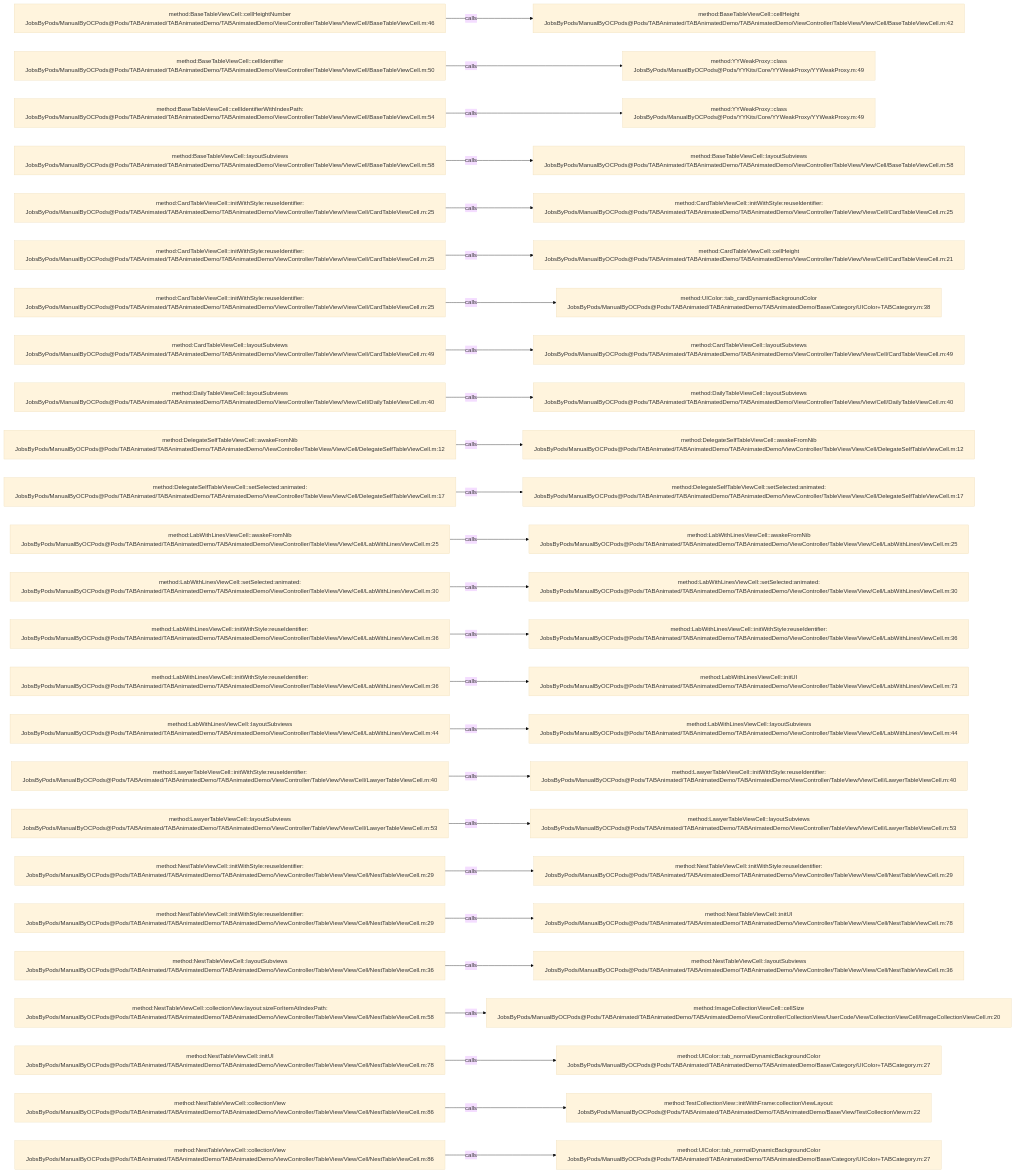
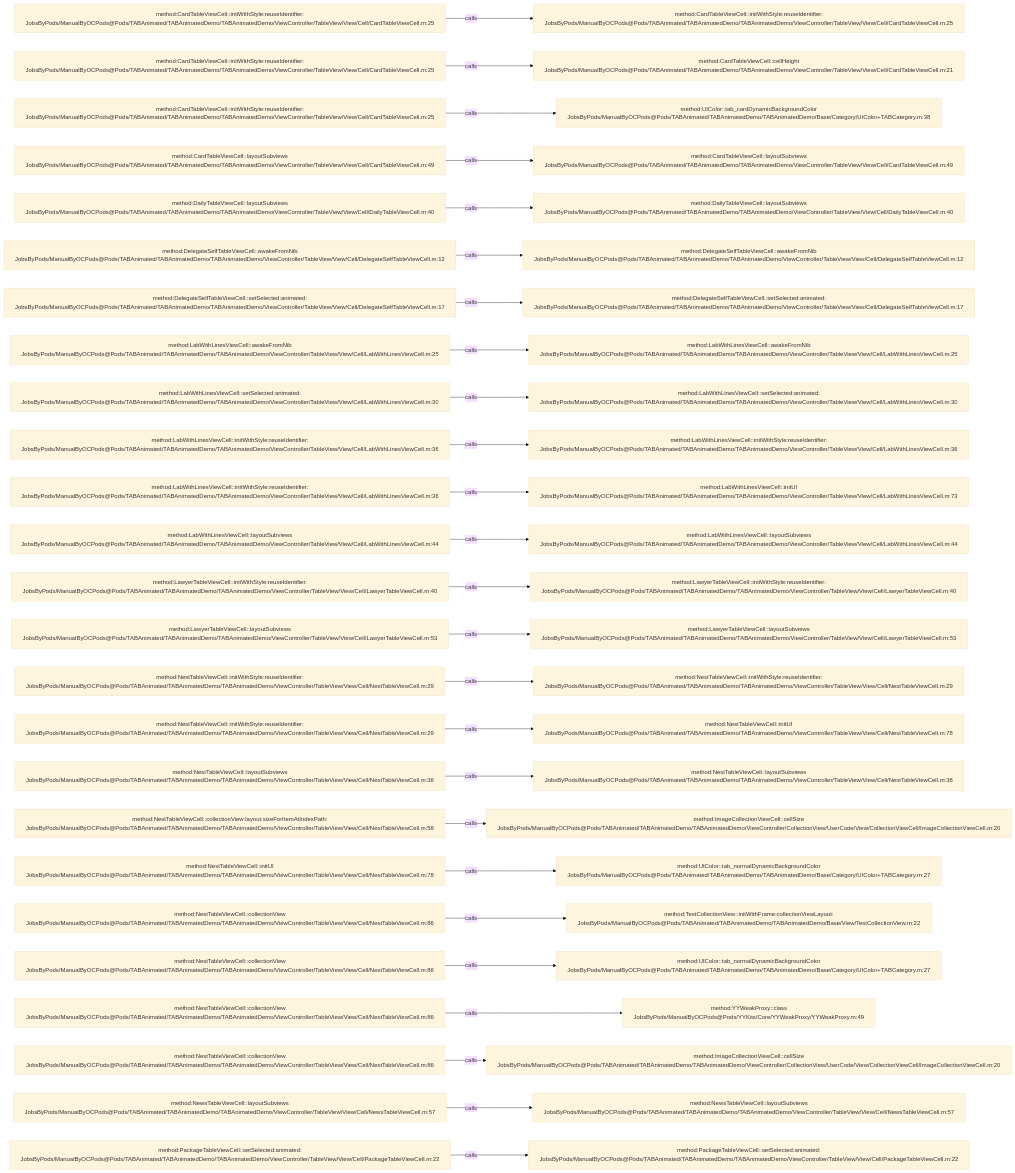
One commit to JobsKits/JobsOCBaseConfigDemo changed the diagram in .codegraph/codegraph.md/graphs/calls-065.md. Above: the diagram before and after it, drawn with Mermaid (base theme). The commit also changed 727 other files, not shown here.

````diff
--- a/.codegraph/codegraph.md/graphs/calls-065.md
+++ b/.codegraph/codegraph.md/graphs/calls-065.md
@@ -13,78 +13,78 @@
 ```mermaid
 flowchart LR
-  S1["method:BaseTableViewCell::cellHeightNumber<br/>JobsByPods/ManualByOCPods@Pods/TABAnimated/TABAnimatedDemo/TABAnimatedDemo/ViewController/TableView/View/Cell/BaseTableViewCell.m:46"]
-  T1["method:BaseTableViewCell::cellHeight<br/>JobsByPods/ManualByOCPods@Pods/TABAnimated/TABAnimatedDemo/TABAnimatedDemo/ViewController/TableView/View/Cell/BaseTableViewCell.m:42"]
+  S1["method:CardTableViewCell::initWithStyle:reuseIdentifier:<br/>JobsByPods/ManualByOCPods@Pods/TABAnimated/TABAnimatedDemo/TABAnimatedDemo/ViewController/TableView/View/Cell/CardTableViewCell.m:25"]
+  T1["method:CardTableViewCell::initWithStyle:reuseIdentifier:<br/>JobsByPods/ManualByOCPods@Pods/TABAnimated/TABAnimatedDemo/TABAnimatedDemo/ViewController/TableView/View/Cell/CardTableViewCell.m:25"]
   S1 -->|calls| T1
-  S2["method:BaseTableViewCell::cellIdentifier<br/>JobsByPods/ManualByOCPods@Pods/TABAnimated/TABAnimatedDemo/TABAnimatedDemo/ViewController/TableView/View/Cell/BaseTableViewCell.m:50"]
-  T2["method:YYWeakProxy::class<br/>JobsByPods/ManualByOCPods@Pods/YYKits/Core/YYWeakProxy/YYWeakProxy.m:49"]
+  S2["method:CardTableViewCell::initWithStyle:reuseIdentifier:<br/>JobsByPods/ManualByOCPods@Pods/TABAnimated/TABAnimatedDemo/TABAnimatedDemo/ViewController/TableView/View/Cell/CardTableViewCell.m:25"]
+  T2["method:CardTableViewCell::cellHeight<br/>JobsByPods/ManualByOCPods@Pods/TABAnimated/TABAnimatedDemo/TABAnimatedDemo/ViewController/TableView/View/Cell/CardTableViewCell.m:21"]
   S2 -->|calls| T2
-  S3["method:BaseTableViewCell::cellIdentifierWithIndexPath:<br/>JobsByPods/ManualByOCPods@Pods/TABAnimated/TABAnimatedDemo/TABAnimatedDemo/ViewController/TableView/View/Cell/BaseTableViewCell.m:54"]
-  T3["method:YYWeakProxy::class<br/>JobsByPods/ManualByOCPods@Pods/YYKits/Core/YYWeakProxy/YYWeakProxy.m:49"]
+  S3["method:CardTableViewCell::initWithStyle:reuseIdentifier:<br/>JobsByPods/ManualByOCPods@Pods/TABAnimated/TABAnimatedDemo/TABAnimatedDemo/ViewController/TableView/View/Cell/CardTableViewCell.m:25"]
+  T3["method:UIColor::tab_cardDynamicBackgroundColor<br/>JobsByPods/ManualByOCPods@Pods/TABAnimated/TABAnimatedDemo/TABAnimatedDemo/Base/Category/UIColor+TABCategory.m:38"]
   S3 -->|calls| T3
-  S4["method:BaseTableViewCell::layoutSubviews<br/>JobsByPods/ManualByOCPods@Pods/TABAnimated/TABAnimatedDemo/TABAnimatedDemo/ViewController/TableView/View/Cell/BaseTableViewCell.m:58"]
-  T4["method:BaseTableViewCell::layoutSubviews<br/>JobsByPods/ManualByOCPods@Pods/TABAnimated/TABAnimatedDemo/TABAnimatedDemo/ViewController/TableView/View/Cell/BaseTableViewCell.m:58"]
+  S4["method:CardTableViewCell::layoutSubviews<br/>JobsByPods/ManualByOCPods@Pods/TABAnimated/TABAnimatedDemo/TABAnimatedDemo/ViewController/TableView/View/Cell/CardTableViewCell.m:49"]
+  T4["method:CardTableViewCell::layoutSubviews<br/>JobsByPods/ManualByOCPods@Pods/TABAnimated/TABAnimatedDemo/TABAnimatedDemo/ViewController/TableView/View/Cell/CardTableViewCell.m:49"]
   S4 -->|calls| T4
-  S5["method:CardTableViewCell::initWithStyle:reuseIdentifier:<br/>JobsByPods/ManualByOCPods@Pods/TABAnimated/TABAnimatedDemo/TABAnimatedDemo/ViewController/TableView/View/Cell/CardTableViewCell.m:25"]
-  T5["method:CardTableViewCell::initWithStyle:reuseIdentifier:<br/>JobsByPods/ManualByOCPods@Pods/TABAnimated/TABAnimatedDemo/TABAnimatedDemo/ViewController/TableView/View/Cell/CardTableViewCell.m:25"]
+  S5["method:DailyTableViewCell::layoutSubviews<br/>JobsByPods/ManualByOCPods@Pods/TABAnimated/TABAnimatedDemo/TABAnimatedDemo/ViewController/TableView/View/Cell/DailyTableViewCell.m:40"]
+  T5["method:DailyTableViewCell::layoutSubviews<br/>JobsByPods/ManualByOCPods@Pods/TABAnimated/TABAnimatedDemo/TABAnimatedDemo/ViewController/TableView/View/Cell/DailyTableViewCell.m:40"]
   S5 -->|calls| T5
-  S6["method:CardTableViewCell::initWithStyle:reuseIdentifier:<br/>JobsByPods/ManualByOCPods@Pods/TABAnimated/TABAnimatedDemo/TABAnimatedDemo/ViewController/TableView/View/Cell/CardTableViewCell.m:25"]
-  T6["method:CardTableViewCell::cellHeight<br/>JobsByPods/ManualByOCPods@Pods/TABAnimated/TABAnimatedDemo/TABAnimatedDemo/ViewController/TableView/View/Cell/CardTableViewCell.m:21"]
+  S6["method:DelegateSelfTableViewCell::awakeFromNib<br/>JobsByPods/ManualByOCPods@Pods/TABAnimated/TABAnimatedDemo/TABAnimatedDemo/ViewController/TableView/View/Cell/DelegateSelfTableViewCell.m:12"]
+  T6["method:DelegateSelfTableViewCell::awakeFromNib<br/>JobsByPods/ManualByOCPods@Pods/TABAnimated/TABAnimatedDemo/TABAnimatedDemo/ViewController/TableView/View/Cell/DelegateSelfTableViewCell.m:12"]
   S6 -->|calls| T6
-  S7["method:CardTableViewCell::initWithStyle:reuseIdentifier:<br/>JobsByPods/ManualByOCPods@Pods/TABAnimated/TABAnimatedDemo/TABAnimatedDemo/ViewController/TableView/View/Cell/CardTableViewCell.m:25"]
-  T7["method:UIColor::tab_cardDynamicBackgroundColor<br/>JobsByPods/ManualByOCPods@Pods/TABAnimated/TABAnimatedDemo/TABAnimatedDemo/Base/Category/UIColor+TABCategory.m:38"]
+  S7["method:DelegateSelfTableViewCell::setSelected:animated:<br/>JobsByPods/ManualByOCPods@Pods/TABAnimated/TABAnimatedDemo/TABAnimatedDemo/ViewController/TableView/View/Cell/DelegateSelfTableViewCell.m:17"]
+  T7["method:DelegateSelfTableViewCell::setSelected:animated:<br/>JobsByPods/ManualByOCPods@Pods/TABAnimated/TABAnimatedDemo/TABAnimatedDemo/ViewController/TableView/View/Cell/DelegateSelfTableViewCell.m:17"]
   S7 -->|calls| T7
-  S8["method:CardTableViewCell::layoutSubviews<br/>JobsByPods/ManualByOCPods@Pods/TABAnimated/TABAnimatedDemo/TABAnimatedDemo/ViewController/TableView/View/Cell/CardTableViewCell.m:49"]
-  T8["method:CardTableViewCell::layoutSubviews<br/>JobsByPods/ManualByOCPods@Pods/TABAnimated/TABAnimatedDemo/TABAnimatedDemo/ViewController/TableView/View/Cell/CardTableViewCell.m:49"]
+  S8["method:LabWithLinesViewCell::awakeFromNib<br/>JobsByPods/ManualByOCPods@Pods/TABAnimated/TABAnimatedDemo/TABAnimatedDemo/ViewController/TableView/View/Cell/LabWithLinesViewCell.m:25"]
+  T8["method:LabWithLinesViewCell::awakeFromNib<br/>JobsByPods/ManualByOCPods@Pods/TABAnimated/TABAnimatedDemo/TABAnimatedDemo/ViewController/TableView/View/Cell/LabWithLinesViewCell.m:25"]
   S8 -->|calls| T8
-  S9["method:DailyTableViewCell::layoutSubviews<br/>JobsByPods/ManualByOCPods@Pods/TABAnimated/TABAnimatedDemo/TABAnimatedDemo/ViewController/TableView/View/Cell/DailyTableViewCell.m:40"]
-  T9["method:DailyTableViewCell::layoutSubviews<br/>JobsByPods/ManualByOCPods@Pods/TABAnimated/TABAnimatedDemo/TABAnimatedDemo/ViewController/TableView/View/Cell/DailyTableViewCell.m:40"]
+  S9["method:LabWithLinesViewCell::setSelected:animated:<br/>JobsByPods/ManualByOCPods@Pods/TABAnimated/TABAnimatedDemo/TABAnimatedDemo/ViewController/TableView/View/Cell/LabWithLinesViewCell.m:30"]
+  T9["method:LabWithLinesViewCell::setSelected:animated:<br/>JobsByPods/ManualByOCPods@Pods/TABAnimated/TABAnimatedDemo/TABAnimatedDemo/ViewController/TableView/View/Cell/LabWithLinesViewCell.m:30"]
   S9 -->|calls| T9
-  S10["method:DelegateSelfTableViewCell::awakeFromNib<br/>JobsByPods/ManualByOCPods@Pods/TABAnimated/TABAnimatedDemo/TABAnimatedDemo/ViewController/TableView/View/Cell/DelegateSelfTableViewCell.m:12"]
-  T10["method:DelegateSelfTableViewCell::awakeFromNib<br/>JobsByPods/ManualByOCPods@Pods/TABAnimated/TABAnimatedDemo/TABAnimatedDemo/ViewController/TableView/View/Cell/DelegateSelfTableViewCell.m:12"]
+  S10["method:LabWithLinesViewCell::initWithStyle:reuseIdentifier:<br/>JobsByPods/ManualByOCPods@Pods/TABAnimated/TABAnimatedDemo/TABAnimatedDemo/ViewController/TableView/View/Cell/LabWithLinesViewCell.m:36"]
+  T10["method:LabWithLinesViewCell::initWithStyle:reuseIdentifier:<br/>JobsByPods/ManualByOCPods@Pods/TABAnimated/TABAnimatedDemo/TABAnimatedDemo/ViewController/TableView/View/Cell/LabWithLinesViewCell.m:36"]
   S10 -->|calls| T10
-  S11["method:DelegateSelfTableViewCell::setSelected:animated:<br/>JobsByPods/ManualByOCPods@Pods/TABAnimated/TABAnimatedDemo/TABAnimatedDemo/ViewController/TableView/View/Cell/DelegateSelfTableViewCell.m:17"]
-  T11["method:DelegateSelfTableViewCell::setSelected:animated:<br/>JobsByPods/ManualByOCPods@Pods/TABAnimated/TABAnimatedDemo/TABAnimatedDemo/ViewController/TableView/View/Cell/DelegateSelfTableViewCell.m:17"]
+  S11["method:LabWithLinesViewCell::initWithStyle:reuseIdentifier:<br/>JobsByPods/ManualByOCPods@Pods/TABAnimated/TABAnimatedDemo/TABAnimatedDemo/ViewController/TableView/View/Cell/LabWithLinesViewCell.m:36"]
+  T11["method:LabWithLinesViewCell::initUI<br/>JobsByPods/ManualByOCPods@Pods/TABAnimated/TABAnimatedDemo/TABAnimatedDemo/ViewController/TableView/View/Cell/LabWithLinesViewCell.m:73"]
   S11 -->|calls| T11
-  S12["method:LabWithLinesViewCell::awakeFromNib<br/>JobsByPods/ManualByOCPods@Pods/TABAnimated/TABAnimatedDemo/TABAnimatedDemo/ViewController/TableView/View/Cell/LabWithLinesViewCell.m:25"]
-  T12["method:LabWithLinesViewCell::awakeFromNib<br/>JobsByPods/ManualByOCPods@Pods/TABAnimated/TABAnimatedDemo/TABAnimatedDemo/ViewController/TableView/View/Cell/LabWithLinesViewCell.m:25"]
+  S12["method:LabWithLinesViewCell::layoutSubviews<br/>JobsByPods/ManualByOCPods@Pods/TABAnimated/TABAnimatedDemo/TABAnimatedDemo/ViewController/TableView/View/Cell/LabWithLinesViewCell.m:44"]
+  T12["method:LabWithLinesViewCell::layoutSubviews<br/>JobsByPods/ManualByOCPods@Pods/TABAnimated/TABAnimatedDemo/TABAnimatedDemo/ViewController/TableView/View/Cell/LabWithLinesViewCell.m:44"]
   S12 -->|calls| T12
-  S13["method:LabWithLinesViewCell::setSelected:animated:<br/>JobsByPods/ManualByOCPods@Pods/TABAnimated/TABAnimatedDemo/TABAnimatedDemo/ViewController/TableView/View/Cell/LabWithLinesViewCell.m:30"]
-  T13["method:LabWithLinesViewCell::setSelected:animated:<br/>JobsByPods/ManualByOCPods@Pods/TABAnimated/TABAnimatedDemo/TABAnimatedDemo/ViewController/TableView/View/Cell/LabWithLinesViewCell.m:30"]
+  S13["method:LawyerTableViewCell::initWithStyle:reuseIdentifier:<br/>JobsByPods/ManualByOCPods@Pods/TABAnimated/TABAnimatedDemo/TABAnimatedDemo/ViewController/TableView/View/Cell/LawyerTableViewCell.m:40"]
+  T13["method:LawyerTableViewCell::initWithStyle:reuseIdentifier:<br/>JobsByPods/ManualByOCPods@Pods/TABAnimated/TABAnimatedDemo/TABAnimatedDemo/ViewController/TableView/View/Cell/LawyerTableViewCell.m:40"]
   S13 -->|calls| T13
-  S14["method:LabWithLinesViewCell::initWithStyle:reuseIdentifier:<br/>JobsByPods/ManualByOCPods@Pods/TABAnimated/TABAnimatedDemo/TABAnimatedDemo/ViewController/TableView/View/Cell/LabWithLinesViewCell.m:36"]
-  T14["method:LabWithLinesViewCell::initWithStyle:reuseIdentifier:<br/>JobsByPods/ManualByOCPods@Pods/TABAnimated/TABAnimatedDemo/TABAnimatedDemo/ViewController/TableView/View/Cell/LabWithLinesViewCell.m:36"]
+  S14["method:LawyerTableViewCell::layoutSubviews<br/>JobsByPods/ManualByOCPods@Pods/TABAnimated/TABAnimatedDemo/TABAnimatedDemo/ViewController/TableView/View/Cell/LawyerTableViewCell.m:53"]
+  T14["method:LawyerTableViewCell::layoutSubviews<br/>JobsByPods/ManualByOCPods@Pods/TABAnimated/TABAnimatedDemo/TABAnimatedDemo/ViewController/TableView/View/Cell/LawyerTableViewCell.m:53"]
   S14 -->|calls| T14
-  S15["method:LabWithLinesViewCell::initWithStyle:reuseIdentifier:<br/>JobsByPods/ManualByOCPods@Pods/TABAnimated/TABAnimatedDemo/TABAnimatedDemo/ViewController/TableView/View/Cell/LabWithLinesViewCell.m:36"]
-  T15["method:LabWithLinesViewCell::initUI<br/>JobsByPods/ManualByOCPods@Pods/TABAnimated/TABAnimatedDemo/TABAnimatedDemo/ViewController/TableView/View/Cell/LabWithLinesViewCell.m:73"]
+  S15["method:NestTableViewCell::initWithStyle:reuseIdentifier:<br/>JobsByPods/ManualByOCPods@Pods/TABAnimated/TABAnimatedDemo/TABAnimatedDemo/ViewController/TableView/View/Cell/NestTableViewCell.m:29"]
+  T15["method:NestTableViewCell::initWithStyle:reuseIdentifier:<br/>JobsByPods/ManualByOCPods@Pods/TABAnimated/TABAnimatedDemo/TABAnimatedDemo/ViewController/TableView/View/Cell/NestTableViewCell.m:29"]
   S15 -->|calls| T15
-  S16["method:LabWithLinesViewCell::layoutSubviews<br/>JobsByPods/ManualByOCPods@Pods/TABAnimated/TABAnimatedDemo/TABAnimatedDemo/ViewController/TableView/View/Cell/LabWithLinesViewCell.m:44"]
-  T16["method:LabWithLinesViewCell::layoutSubviews<br/>JobsByPods/ManualByOCPods@Pods/TABAnimated/TABAnimatedDemo/TABAnimatedDemo/ViewController/TableView/View/Cell/LabWithLinesViewCell.m:44"]
+  S16["method:NestTableViewCell::initWithStyle:reuseIdentifier:<br/>JobsByPods/ManualByOCPods@Pods/TABAnimated/TABAnimatedDemo/TABAnimatedDemo/ViewController/TableView/View/Cell/NestTableViewCell.m:29"]
+  T16["method:NestTableViewCell::initUI<br/>JobsByPods/ManualByOCPods@Pods/TABAnimated/TABAnimatedDemo/TABAnimatedDemo/ViewController/TableView/View/Cell/NestTableViewCell.m:78"]
   S16 -->|calls| T16
-  S17["method:LawyerTableViewCell::initWithStyle:reuseIdentifier:<br/>JobsByPods/ManualByOCPods@Pods/TABAnimated/TABAnimatedDemo/TABAnimatedDemo/ViewController/TableView/View/Cell/LawyerTableViewCell.m:40"]
-  T17["method:LawyerTableViewCell::initWithStyle:reuseIdentifier:<br/>JobsByPods/ManualByOCPods@Pods/TABAnimated/TABAnimatedDemo/TABAnimatedDemo/ViewController/TableView/View/Cell/LawyerTableViewCell.m:40"]
+  S17["method:NestTableViewCell::layoutSubviews<br/>JobsByPods/ManualByOCPods@Pods/TABAnimated/TABAnimatedDemo/TABAnimatedDemo/ViewController/TableView/View/Cell/NestTableViewCell.m:36"]
+  T17["method:NestTableViewCell::layoutSubviews<br/>JobsByPods/ManualByOCPods@Pods/TABAnimated/TABAnimatedDemo/TABAnimatedDemo/ViewController/TableView/View/Cell/NestTableViewCell.m:36"]
   S17 -->|calls| T17
-  S18["method:LawyerTableViewCell::layoutSubviews<br/>JobsByPods/ManualByOCPods@Pods/TABAnimated/TABAnimatedDemo/TABAnimatedDemo/ViewController/TableView/View/Cell/LawyerTableViewCell.m:53"]
-  T18["method:LawyerTableViewCell::layoutSubviews<br/>JobsByPods/ManualByOCPods@Pods/TABAnimated/TABAnimatedDemo/TABAnimatedDemo/ViewController/TableView/View/Cell/LawyerTableViewCell.m:53"]
+  S18["method:NestTableViewCell::collectionView:layout:sizeForItemAtIndexPath:<br/>JobsByPods/ManualByOCPods@Pods/TABAnimated/TABAnimatedDemo/TABAnimatedDemo/ViewController/TableView/View/Cell/NestTableViewCell.m:58"]
+  T18["method:ImageCollectionViewCell::cellSize<br/>JobsByPods/ManualByOCPods@Pods/TABAnimated/TABAnimatedDemo/TABAnimatedDemo/ViewController/CollectionView/UserCode/View/CollectionViewCell/ImageCollectionViewCell.m:20"]
   S18 -->|calls| T18
-  S19["method:NestTableViewCell::initWithStyle:reuseIdentifier:<br/>JobsByPods/ManualByOCPods@Pods/TABAnimated/TABAnimatedDemo/TABAnimatedDemo/ViewController/TableView/View/Cell/NestTableViewCell.m:29"]
-  T19["method:NestTableViewCell::initWithStyle:reuseIdentifier:<br/>JobsByPods/ManualByOCPods@Pods/TABAnimated/TABAnimatedDemo/TABAnimatedDemo/ViewController/TableView/View/Cell/NestTableViewCell.m:29"]
+  S19["method:NestTableViewCell::initUI<br/>JobsByPods/ManualByOCPods@Pods/TABAnimated/TABAnimatedDemo/TABAnimatedDemo/ViewController/TableView/View/Cell/NestTableViewCell.m:78"]
+  T19["method:UIColor::tab_normalDynamicBackgroundColor<br/>JobsByPods/ManualByOCPods@Pods/TABAnimated/TABAnimatedDemo/TABAnimatedDemo/Base/Category/UIColor+TABCategory.m:27"]
   S19 -->|calls| T19
-  S20["method:NestTableViewCell::initWithStyle:reuseIdentifier:<br/>JobsByPods/ManualByOCPods@Pods/TABAnimated/TABAnimatedDemo/TABAnimatedDemo/ViewController/TableView/View/Cell/NestTableViewCell.m:29"]
-  T20["method:NestTableViewCell::initUI<br/>JobsByPods/ManualByOCPods@Pods/TABAnimated/TABAnimatedDemo/TABAnimatedDemo/ViewController/TableView/View/Cell/NestTableViewCell.m:78"]
+  S20["method:NestTableViewCell::collectionView<br/>JobsByPods/ManualByOCPods@Pods/TABAnimated/TABAnimatedDemo/TABAnimatedDemo/ViewController/TableView/View/Cell/NestTableViewCell.m:86"]
+  T20["method:TestCollectionView::initWithFrame:collectionViewLayout:<br/>JobsByPods/ManualByOCPods@Pods/TABAnimated/TABAnimatedDemo/TABAnimatedDemo/Base/View/TestCollectionView.m:22"]
   S20 -->|calls| T20
-  S21["method:NestTableViewCell::layoutSubviews<br/>JobsByPods/ManualByOCPods@Pods/TABAnimated/TABAnimatedDemo/TABAnimatedDemo/ViewController/TableView/View/Cell/NestTableViewCell.m:36"]
-  T21["method:NestTableViewCell::layoutSubviews<br/>JobsByPods/ManualByOCPods@Pods/TABAnimated/TABAnimatedDemo/TABAnimatedDemo/ViewController/TableView/View/Cell/NestTableViewCell.m:36"]
+  S21["method:NestTableViewCell::collectionView<br/>JobsByPods/ManualByOCPods@Pods/TABAnimated/TABAnimatedDemo/TABAnimatedDemo/ViewController/TableView/View/Cell/NestTableViewCell.m:86"]
+  T21["method:UIColor::tab_normalDynamicBackgroundColor<br/>JobsByPods/ManualByOCPods@Pods/TABAnimated/TABAnimatedDemo/TABAnimatedDemo/Base/Category/UIColor+TABCategory.m:27"]
   S21 -->|calls| T21
-  S22["method:NestTableViewCell::collectionView:layout:sizeForItemAtIndexPath:<br/>JobsByPods/ManualByOCPods@Pods/TABAnimated/TABAnimatedDemo/TABAnimatedDemo/ViewController/TableView/View/Cell/NestTableViewCell.m:58"]
-  T22["method:ImageCollectionViewCell::cellSize<br/>JobsByPods/ManualByOCPods@Pods/TABAnimated/TABAnimatedDemo/TABAnimatedDemo/ViewController/CollectionView/UserCode/View/CollectionViewCell/ImageCollectionViewCell.m:20"]
+  S22["method:NestTableViewCell::collectionView<br/>JobsByPods/ManualByOCPods@Pods/TABAnimated/TABAnimatedDemo/TABAnimatedDemo/ViewController/TableView/View/Cell/NestTableViewCell.m:86"]
+  T22["method:YYWeakProxy::class<br/>JobsByPods/ManualByOCPods@Pods/YYKits/Core/YYWeakProxy/YYWeakProxy.m:49"]
   S22 -->|calls| T22
-  S23["method:NestTableViewCell::initUI<br/>JobsByPods/ManualByOCPods@Pods/TABAnimated/TABAnimatedDemo/TABAnimatedDemo/ViewController/TableView/View/Cell/NestTableViewCell.m:78"]
-  T23["method:UIColor::tab_normalDynamicBackgroundColor<br/>JobsByPods/ManualByOCPods@Pods/TABAnimated/TABAnimatedDemo/TABAnimatedDemo/Base/Category/UIColor+TABCategory.m:27"]
+  S23["method:NestTableViewCell::collectionView<br/>JobsByPods/ManualByOCPods@Pods/TABAnimated/TABAnimatedDemo/TABAnimatedDemo/ViewController/TableView/View/Cell/NestTableViewCell.m:86"]
+  T23["method:ImageCollectionViewCell::cellSize<br/>JobsByPods/ManualByOCPods@Pods/TABAnimated/TABAnimatedDemo/TABAnimatedDemo/ViewController/CollectionView/UserCode/View/CollectionViewCell/ImageCollectionViewCell.m:20"]
   S23 -->|calls| T23
-  S24["method:NestTableViewCell::collectionView<br/>JobsByPods/ManualByOCPods@Pods/TABAnimated/TABAnimatedDemo/TABAnimatedDemo/ViewController/TableView/View/Cell/NestTableViewCell.m:86"]
-  T24["method:TestCollectionView::initWithFrame:collectionViewLayout:<br/>JobsByPods/ManualByOCPods@Pods/TABAnimated/TABAnimatedDemo/TABAnimatedDemo/Base/View/TestCollectionView.m:22"]
+  S24["method:NewsTableViewCell::layoutSubviews<br/>JobsByPods/ManualByOCPods@Pods/TABAnimated/TABAnimatedDemo/TABAnimatedDemo/ViewController/TableView/View/Cell/NewsTableViewCell.m:57"]
+  T24["method:NewsTableViewCell::layoutSubviews<br/>JobsByPods/ManualByOCPods@Pods/TABAnimated/TABAnimatedDemo/TABAnimatedDemo/ViewController/TableView/View/Cell/NewsTableViewCell.m:57"]
   S24 -->|calls| T24
-  S25["method:NestTableViewCell::collectionView<br/>JobsByPods/ManualByOCPods@Pods/TABAnimated/TABAnimatedDemo/TABAnimatedDemo/ViewController/TableView/View/Cell/NestTableViewCell.m:86"]
-  T25["method:UIColor::tab_normalDynamicBackgroundColor<br/>JobsByPods/ManualByOCPods@Pods/TABAnimated/TABAnimatedDemo/TABAnimatedDemo/Base/Category/UIColor+TABCategory.m:27"]
+  S25["method:PackageTableViewCell::setSelected:animated:<br/>JobsByPods/ManualByOCPods@Pods/TABAnimated/TABAnimatedDemo/TABAnimatedDemo/ViewController/TableView/View/Cell/PackageTableViewCell.m:22"]
+  T25["method:PackageTableViewCell::setSelected:animated:<br/>JobsByPods/ManualByOCPods@Pods/TABAnimated/TABAnimatedDemo/TABAnimatedDemo/ViewController/TableView/View/Cell/PackageTableViewCell.m:22"]
   S25 -->|calls| T25
 ```
````
